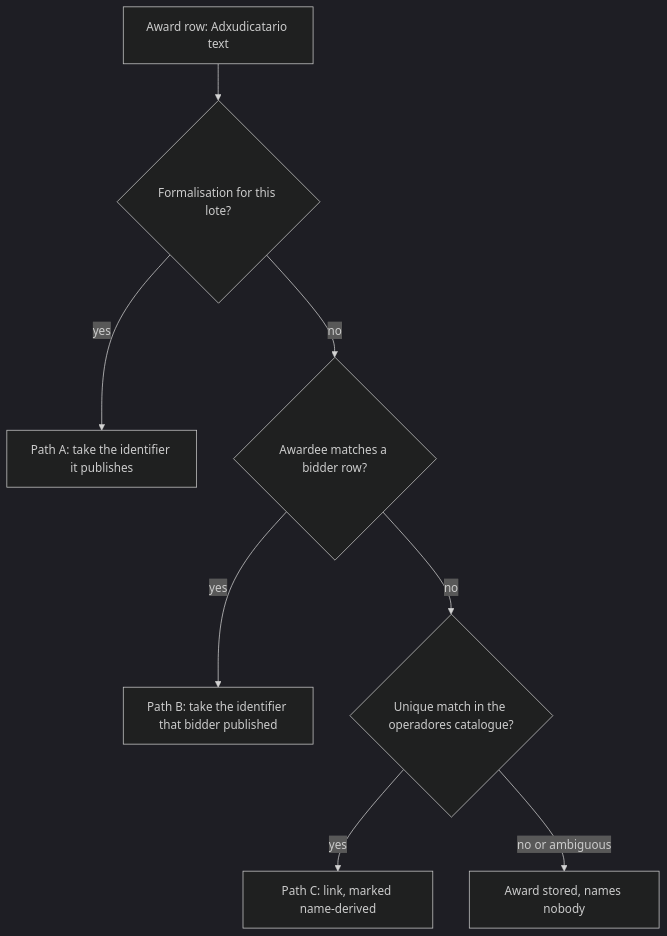
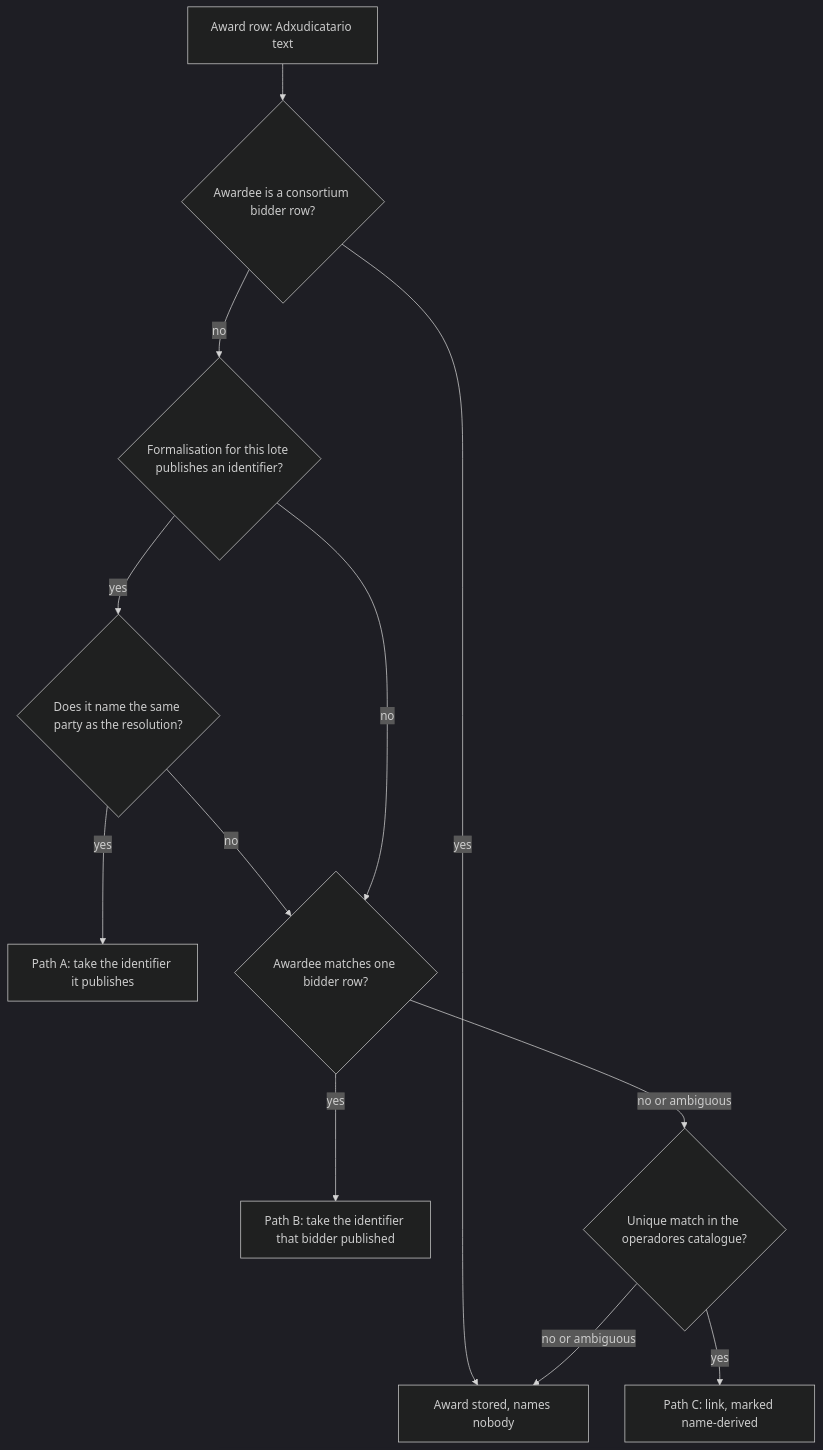
The fourth of 4 diagrams in docs/features/FEAT-0015-licitacions-initial-import/README.md (earelin/conxugal), drawn with Mermaid (dark theme) before and after one commit. The commit also changed other lines of this file and 22 other files, not shown here.

````diff
--- a/docs/features/FEAT-0015-licitacions-initial-import/README.md
+++ b/docs/features/FEAT-0015-licitacions-initial-import/README.md
@@ -825,10 +825,14 @@
 ```mermaid
 flowchart TD
-  A[Award row: Adxudicatario text] --> B{Formalisation for this lote?}
-  B -- yes --> C[Path A: take the identifier it publishes]
-  B -- no --> D{Awardee matches a bidder row?}
+  A[Award row: Adxudicatario text] --> Z{Awardee is a consortium bidder row?}
+  Z -- yes --> H[Award stored, names nobody]
+  Z -- no --> B{Formalisation for this lote publishes an identifier?}
+  B -- yes --> Y{Does it name the same party as the resolution?}
+  Y -- yes --> C[Path A: take the identifier it publishes]
+  Y -- no --> D{Awardee matches one bidder row?}
+  B -- no --> D
   D -- yes --> E[Path B: take the identifier that bidder published]
-  D -- no --> F{Unique match in the operadores catalogue?}
+  D -- no or ambiguous --> F{Unique match in the operadores catalogue?}
   F -- yes --> G[Path C: link, marked name-derived]
-  F -- no or ambiguous --> H[Award stored, names nobody]
+  F -- no or ambiguous --> H
 ```
````
